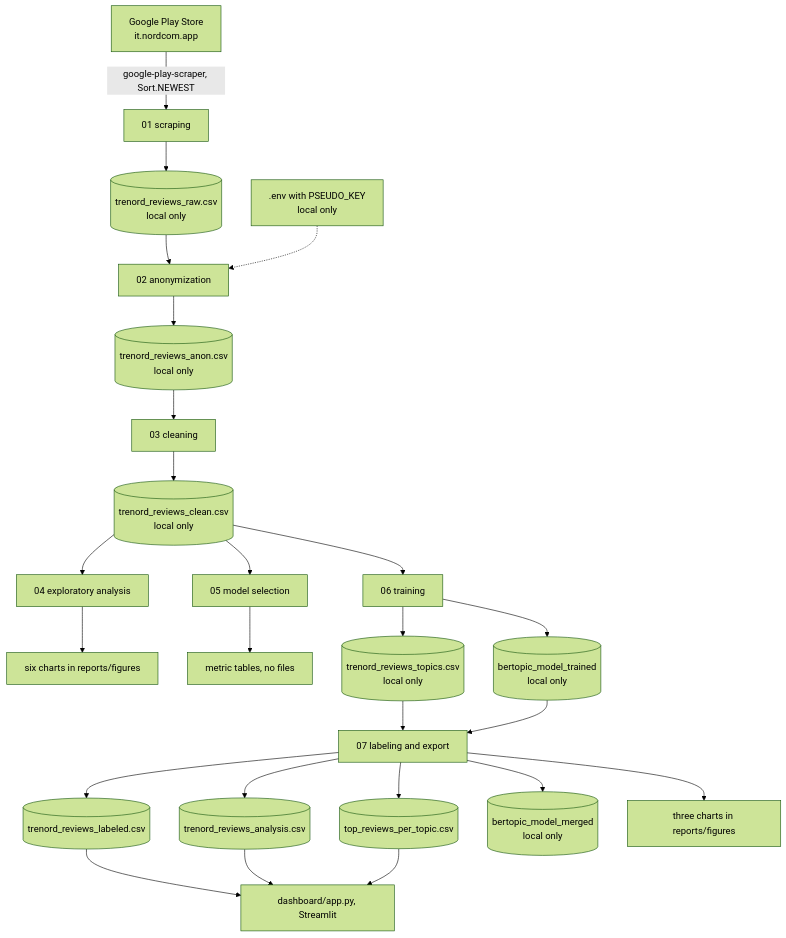
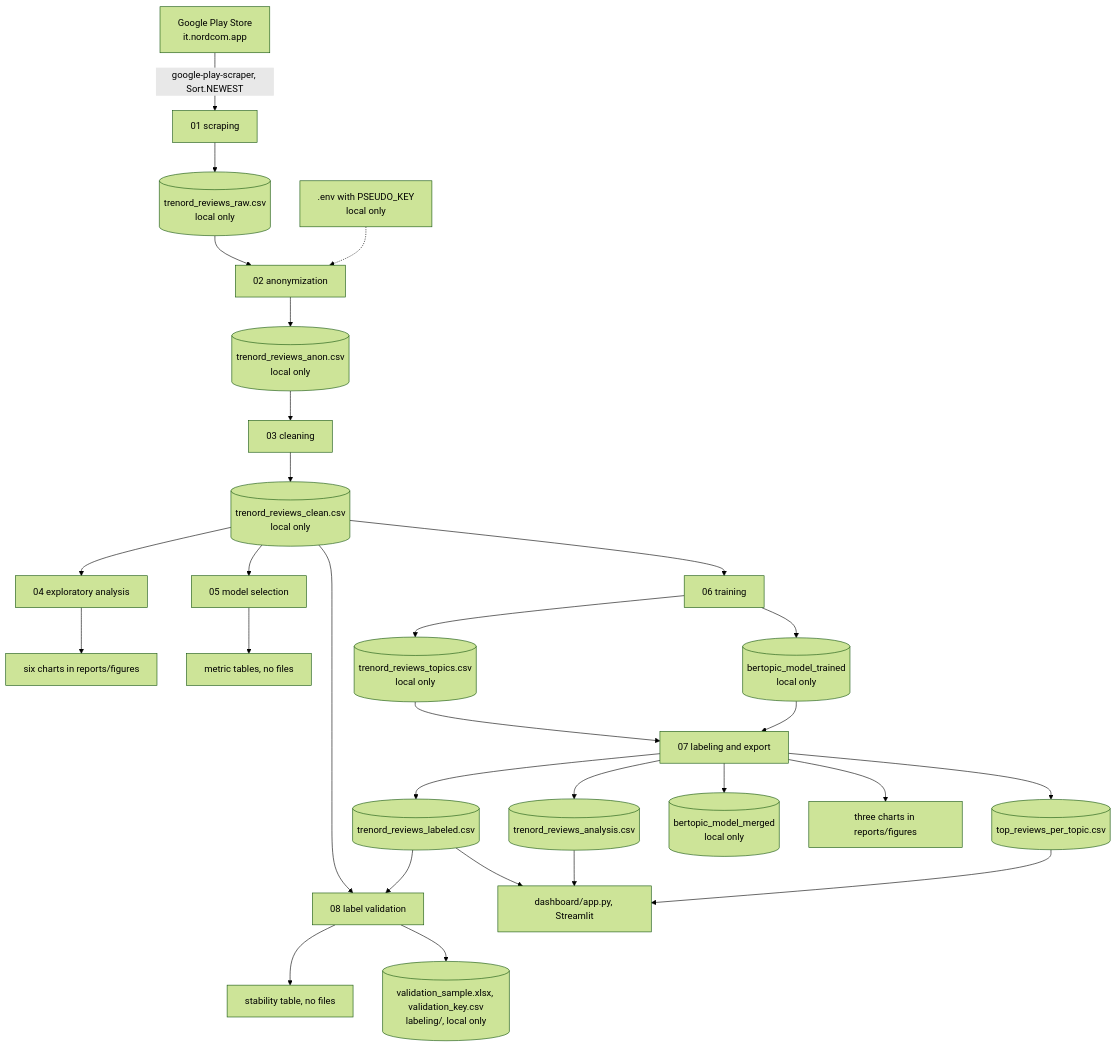
Before and after one commit to paolotroia-datavizlab/trenord-reviews-bertopic: the diagram in docs/architecture.md, drawn with Mermaid (forest theme). The commit also changed other lines of this file and 5 other files, not shown here.

Commit message:
Add 08 label validation: stability of the labeled themes across UMAP seeds and a stratified sample for blind coding

````diff
--- a/docs/architecture.md
+++ b/docs/architecture.md
@@ -33,27 +33,31 @@
 ```mermaid
 flowchart TD
     PS["Google Play Store<br/>it.nordcom.app"] -->|"google-play-scraper, Sort.NEWEST"| N01["01 scraping"]
     N01 --> RAW[("trenord_reviews_raw.csv<br/>local only")]
     RAW --> N02["02 anonymization"]
     ENV[".env with PSEUDO_KEY<br/>local only"] -.-> N02
     N02 --> ANON[("trenord_reviews_anon.csv<br/>local only")]
     ANON --> N03["03 cleaning"]
     N03 --> CLEAN[("trenord_reviews_clean.csv<br/>local only")]
     CLEAN --> N04["04 exploratory analysis"]
     N04 --> PNG["six charts in reports/figures"]
     CLEAN --> N05["05 model selection"]
     N05 --> TABLES["metric tables, no files"]
     CLEAN --> N06["06 training"]
     N06 --> TOPICS[("trenord_reviews_topics.csv<br/>local only")]
     N06 --> MODEL[("bertopic_model_trained<br/>local only")]
     TOPICS --> N07["07 labeling and export"]
     MODEL --> N07
     N07 --> LAB[("trenord_reviews_labeled.csv")]
     N07 --> ANA[("trenord_reviews_analysis.csv")]
     N07 --> TOP[("top_reviews_per_topic.csv")]
     N07 --> FINAL[("bertopic_model_merged<br/>local only")]
     N07 --> PNG2["three charts in reports/figures"]
+    CLEAN --> N08["08 label validation"]
+    LAB --> N08
+    N08 --> STAB["stability table, no files"]
+    N08 --> SAMPLE[("validation_sample.xlsx, validation_key.csv<br/>labeling/, local only")]
     LAB --> DASH["dashboard/app.py, Streamlit"]
     ANA --> DASH
     TOP --> DASH
 ```
````
